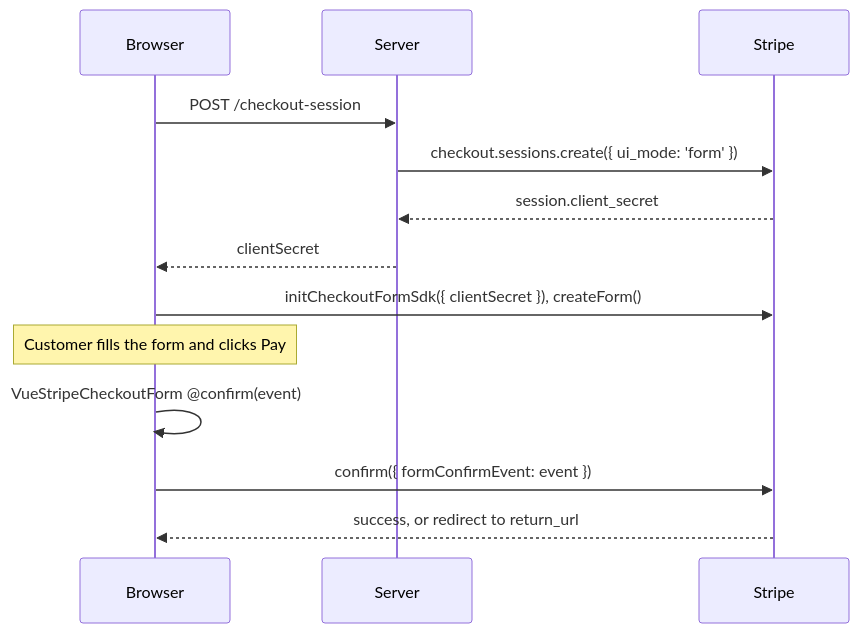
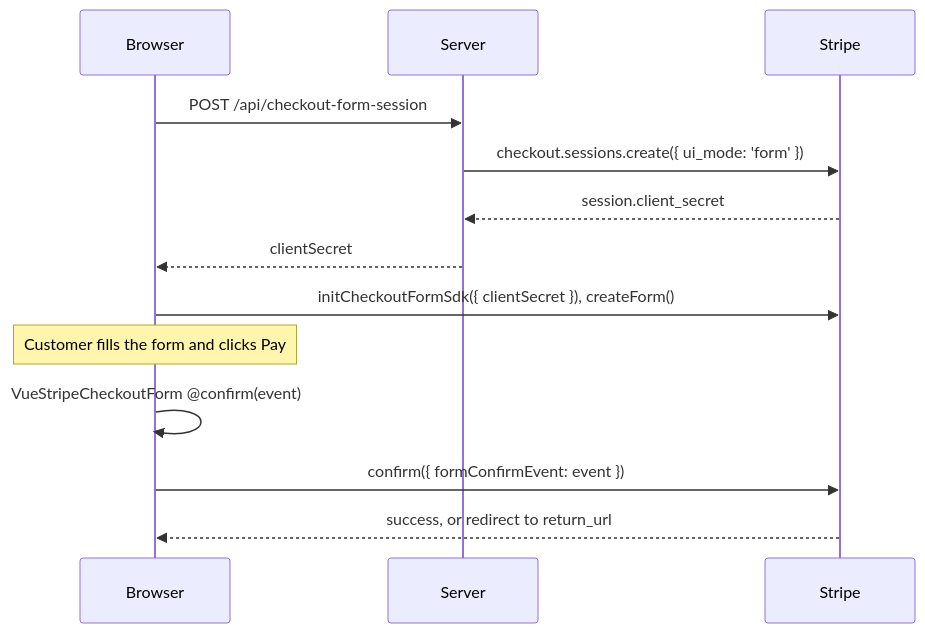
The diagram in apps/docs/guide/checkout-form.md (vue-stripe/vue-stripe), drawn with Mermaid before and after one commit. The commit also changed other lines of this file and 2 other files, not shown here.

First line of the commit message:
docs(guides): give each checkout session guide its own session route

````diff
--- a/apps/docs/guide/checkout-form.md
+++ b/apps/docs/guide/checkout-form.md
@@ -22,15 +22,15 @@
 ```mermaid
 sequenceDiagram
     participant Browser
     participant Server
     participant Stripe
-    Browser->>Server: POST /checkout-session
+    Browser->>Server: POST /api/checkout-form-session
     Server->>Stripe: checkout.sessions.create({ ui_mode: 'form' })
     Stripe-->>Server: session.client_secret
     Server-->>Browser: clientSecret
     Browser->>Stripe: initCheckoutFormSdk({ clientSecret }), createForm()
     Note over Browser: Customer fills the form and clicks Pay
     Browser->>Browser: VueStripeCheckoutForm @confirm(event)
     Browser->>Stripe: confirm({ formConfirmEvent: event })
     Stripe-->>Browser: success, or redirect to return_url
 ```
````
